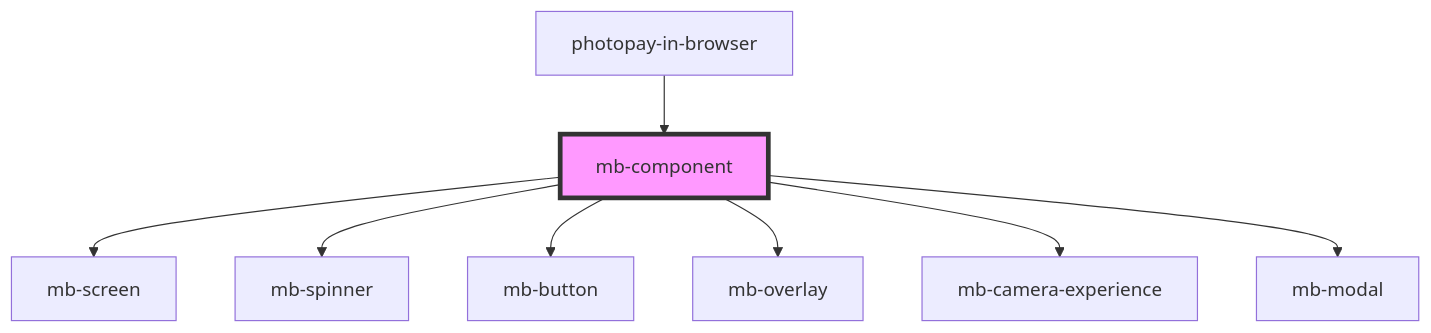
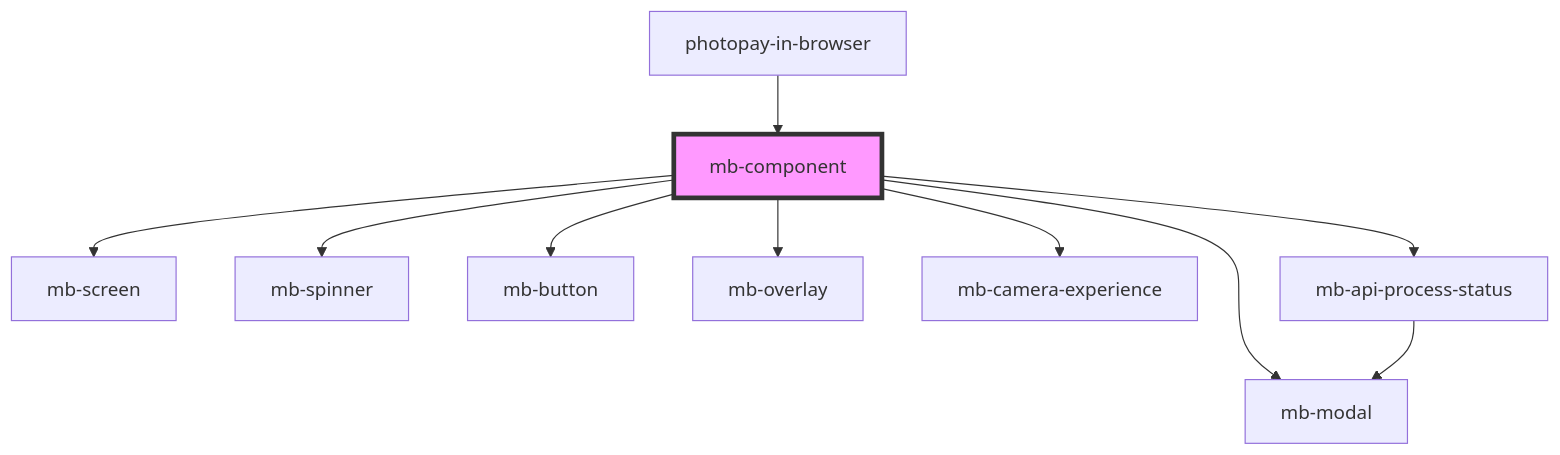
One commit to PhotoPay/photopay-in-browser changed the diagram in ui/docs/components/shared/mb-component/readme.md. Above: the diagram before and after it, drawn with Mermaid. The commit also changed other lines of this file and 146 other files, not shown here.

````diff
--- a/ui/docs/components/shared/mb-component/readme.md
+++ b/ui/docs/components/shared/mb-component/readme.md
@@ -59,11 +87,13 @@
 ```mermaid
 graph TD;
   mb-component --> mb-screen
   mb-component --> mb-spinner
   mb-component --> mb-button
   mb-component --> mb-overlay
+  mb-component --> mb-modal
   mb-component --> mb-camera-experience
-  mb-component --> mb-modal
+  mb-component --> mb-api-process-status
+  mb-api-process-status --> mb-modal
   photopay-in-browser --> mb-component
   style mb-component fill:#f9f,stroke:#333,stroke-width:4px
 ```
````
